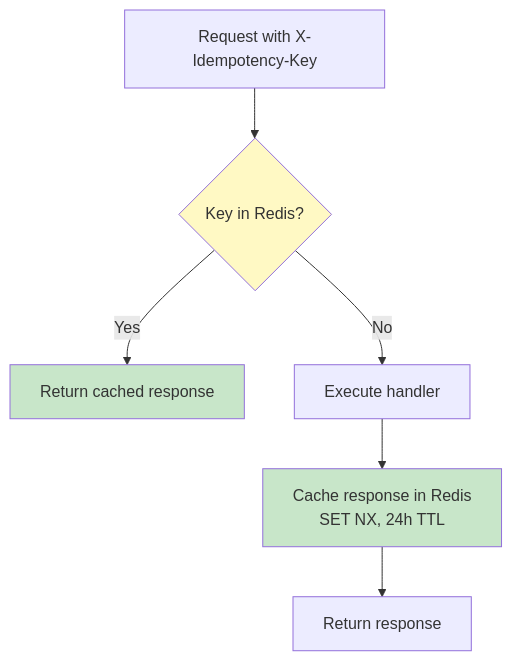
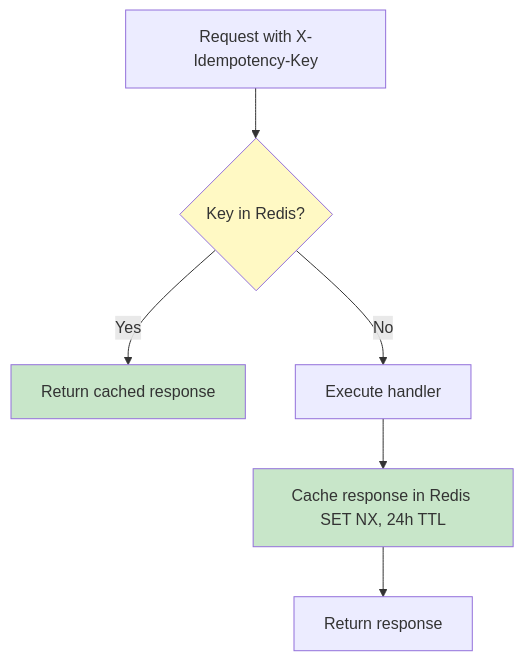
The eighth of 12 diagrams in README.md (DynamicKarabo/equilink), drawn with Mermaid before and after one commit. The commit also changed other lines of this file, not shown here.

Commit message:
Replace br tags with spaces in Mermaid diagrams for GitHub compatibility

````diff
--- a/README.md
+++ b/README.md
@@ -516,12 +516,12 @@
 ```mermaid
 graph TD
     A[Request with X-Idempotency-Key] --> B{Key in Redis?}
     B -->|Yes| C[Return cached response]
     B -->|No| D[Execute handler]
-    D --> E[Cache response in Redis<br/>SET NX, 24h TTL]
+    D --> E[Cache response in Redis SET NX, 24h TTL]
     E --> F[Return response]
 
     style B fill:#fff9c4
     style C fill:#c8e6c9
     style E fill:#c8e6c9
 ```
````
